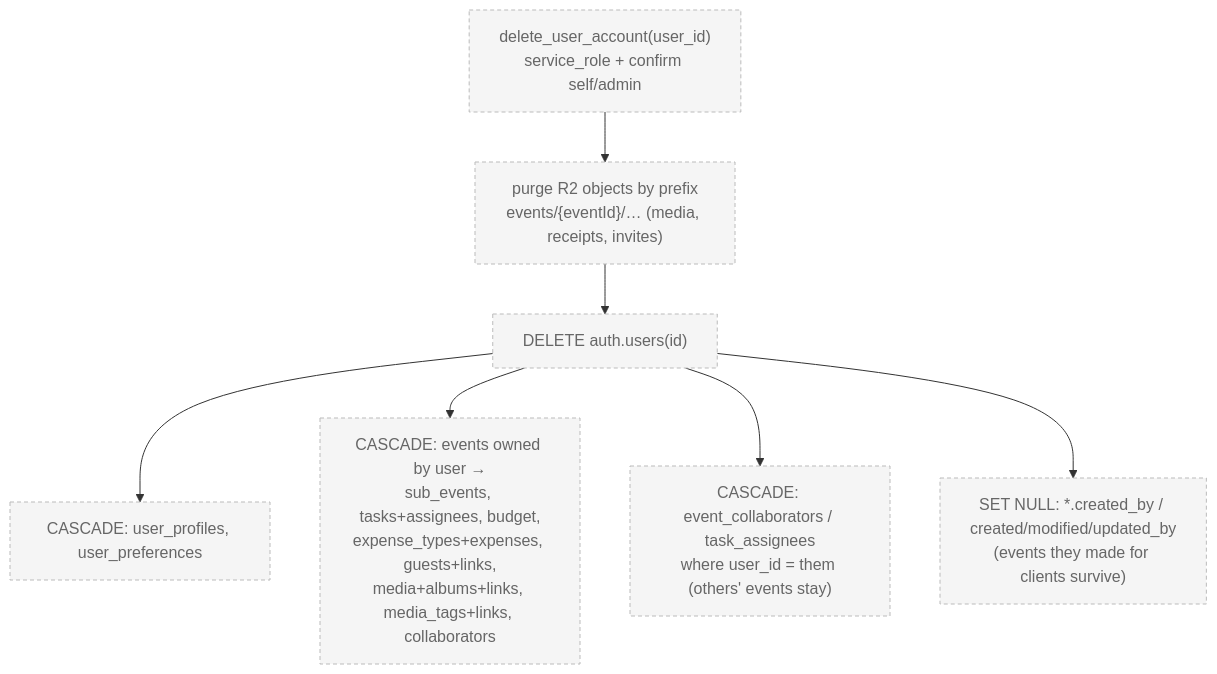
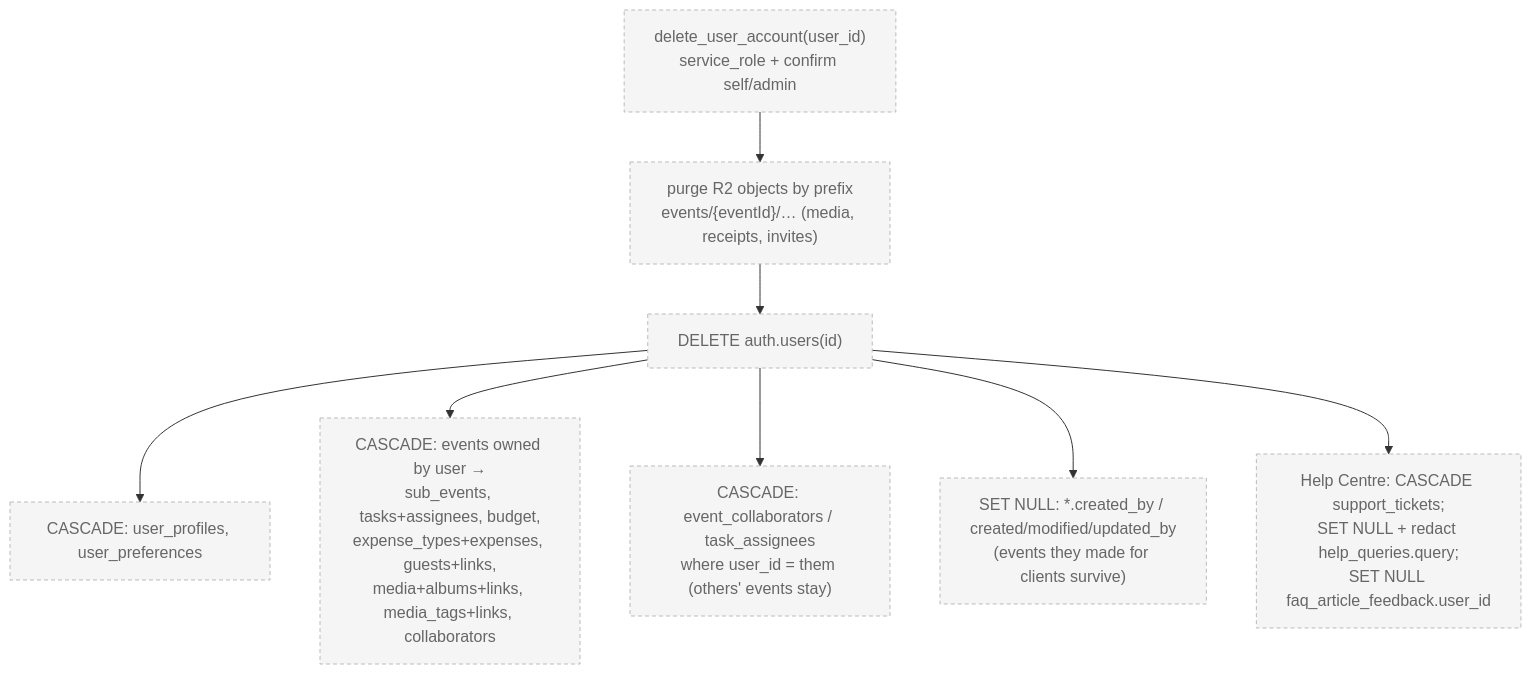
One commit to evenzi-official/Evenzi changed the sixth of 6 diagrams in docs/data-model/ERD.md. Above: the diagram before and after it, drawn with Mermaid. The commit also changed other lines of this file and 8 other files, not shown here.

Commit message:
docs(data-model): help centre tables, D60, retire chatbot naming

````diff
--- a/docs/data-model/ERD.md
+++ b/docs/data-model/ERD.md
@@ -901,11 +959,12 @@
 ```mermaid
 flowchart TD
   D0["delete_user_account(user_id)<br/>service_role + confirm self/admin"] --> D1["purge R2 objects by prefix<br/>events/{eventId}/… (media, receipts, invites)"]
   D1 --> D2["DELETE auth.users(id)"]
   D2 --> C1["CASCADE: user_profiles, user_preferences"]
   D2 --> C2["CASCADE: events owned by user →<br/>sub_events, tasks+assignees, budget,<br/>expense_types+expenses, guests+links,<br/>media+albums+links, media_tags+links, collaborators"]
   D2 --> C3["CASCADE: event_collaborators / task_assignees<br/>where user_id = them (others' events stay)"]
   D2 --> C4["SET NULL: *.created_by / created/modified/updated_by<br/>(events they made for clients survive)"]
+  D2 --> C5["Help Centre: CASCADE support_tickets;<br/>SET NULL + redact help_queries.query;<br/>SET NULL faq_article_feedback.user_id"]
   classDef planned fill:#f5f5f5,stroke:#bbb,stroke-dasharray:4 3,color:#666;
-  class D0,D1,D2,C1,C2,C3,C4 planned;
+  class D0,D1,D2,C1,C2,C3,C4,C5 planned;
 ```
````
